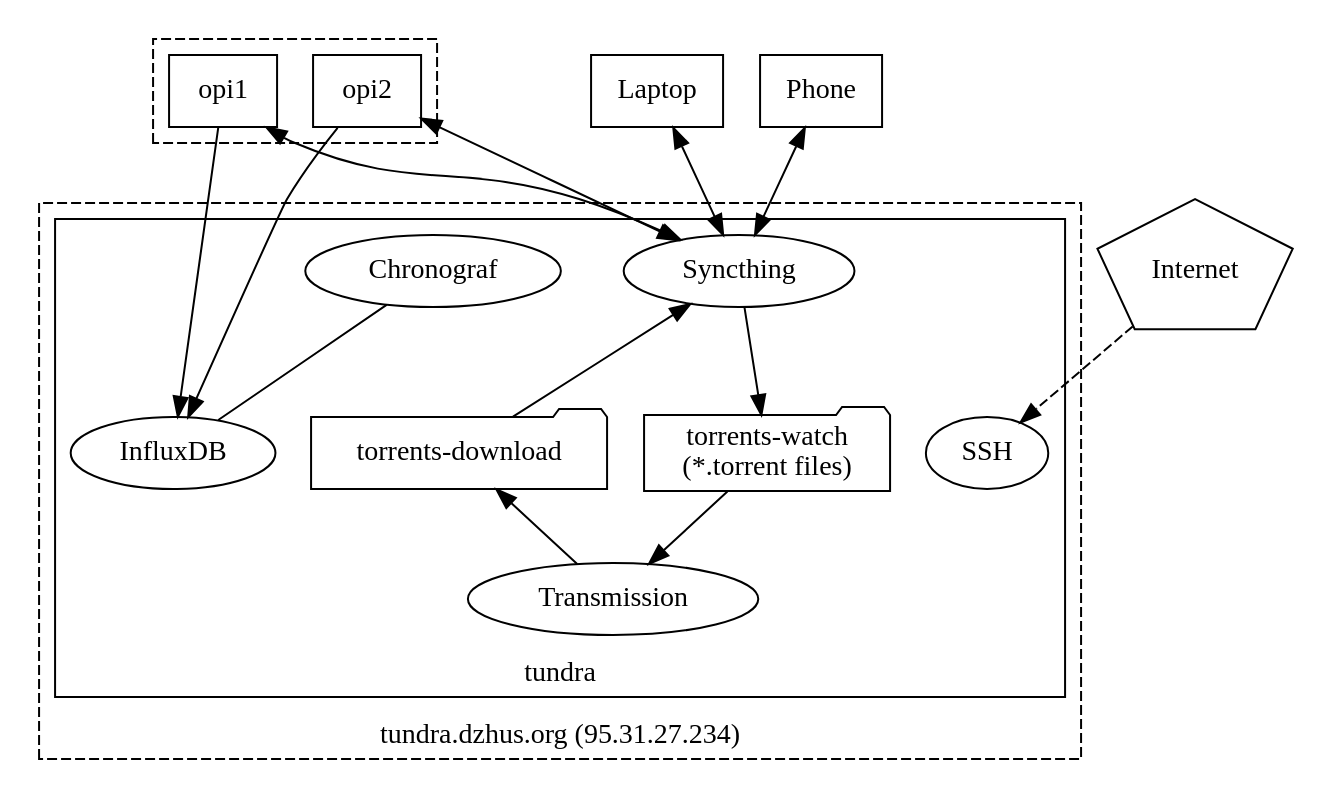
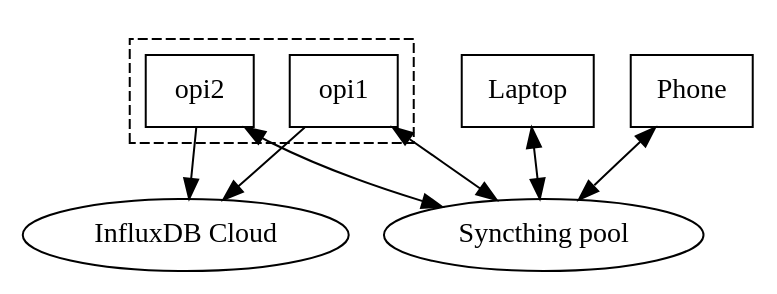
One commit to dzhus/globalchypre changed the diagram in docs/diagram.dot. Above: the diagram before and after it, drawn with Graphviz.

Commit message:
No more tundra box

```diff
--- a/docs/diagram.dot
+++ b/docs/diagram.dot
@@ -1,48 +1,50 @@
 digraph G {
-    subgraph cluster_moscow {
-        style=dashed;
-        label="tundra.dzhus.org (95.31.27.234)";
-        labelloc = "b";
-        subgraph cluster_tundra {
-            style=solid;
-            label ="tundra";
-            labelloc="b";
-            InfluxDB;
-            SSH;
-            Syncthing;
-            {
-                rank=same;
-                tw [label="torrents-watch\n(*.torrent files)", shape=folder];
-                td [label="torrents-download", shape=folder];
-            }
-            Transmission -> td;
-            tw -> Transmission;
-            Syncthing -> tw;
-            td -> Syncthing;
-            Chronograf;
-        }
-    }
+    // subgraph cluster_moscow {
+    //     style=dashed;
+    //     label="tundra.dzhus.org (95.31.27.234)";
+    //     labelloc = "b";
+    //     subgraph cluster_tundra {
+    //         style=solid;
+    //         label ="tundra";
+    //         labelloc="b";
+    //         InfluxDB;
+    //         SSH;
+    //         Syncthing;
+    //         {
+    //             rank=same;
+    //             tw [label="torrents-watch\n(*.torrent files)", shape=folder];
+    //             td [label="torrents-download", shape=folder];
+    //         }
+    //         Transmission -> td;
+    //         tw -> Transmission;
+    //         Syncthing -> tw;
+    //         td -> Syncthing;
+    //         Chronograf;
+    //     }
+    // }
 
-    Internet [shape=pentagon, height=1];
-    Internet -> SSH [style=dashed];
+    // Internet [shape=pentagon, height=1];
+    // Internet -> SSH [style=dashed];
+    // Syncthing -> SSH [weight=2, style=invis];
 
     subgraph cluster_london {
         style=dashed;
         opi1 [shape=box];
         opi2 [shape=box];
     }
 
-    Syncthing -> SSH [weight=2, style=invis];
+    InfluxDB [label="InfluxDB Cloud"];
+    Syncthing [label="Syncthing pool"];
+
     opi1 -> InfluxDB;
     opi2 -> InfluxDB;
-    Chronograf -> InfluxDB [dir=none];
 
     opi1 -> Syncthing [dir=both];
     opi2 -> Syncthing [dir=both];
 
     laptop [label="Laptop", shape=box];
     laptop -> Syncthing [dir=both];
 
     phone [label="Phone", shape=box];
     phone -> Syncthing [dir=both];
 }
```
